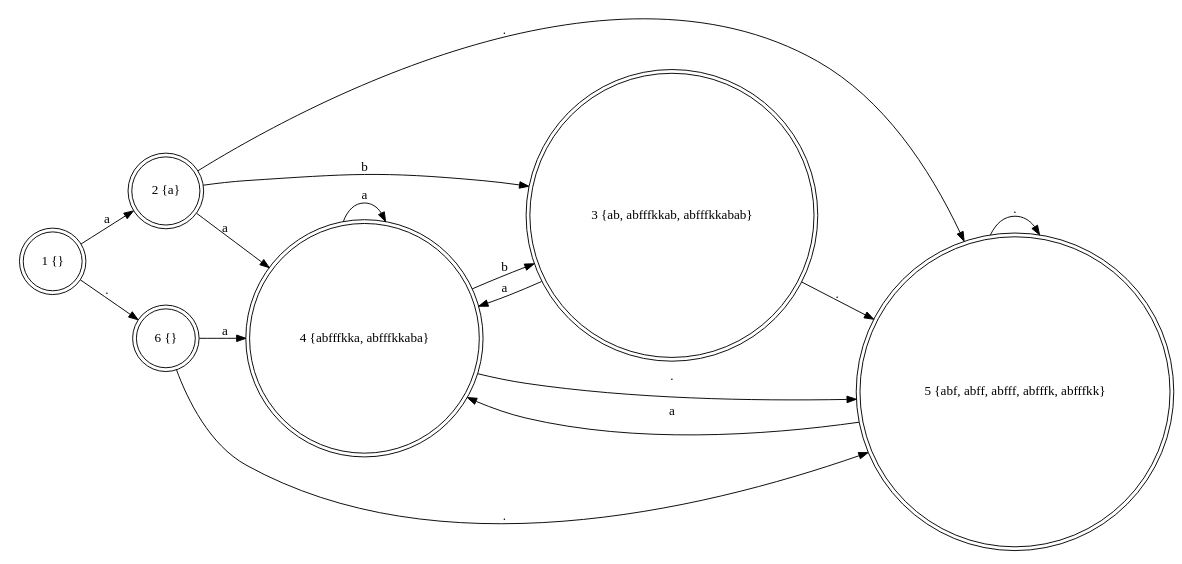
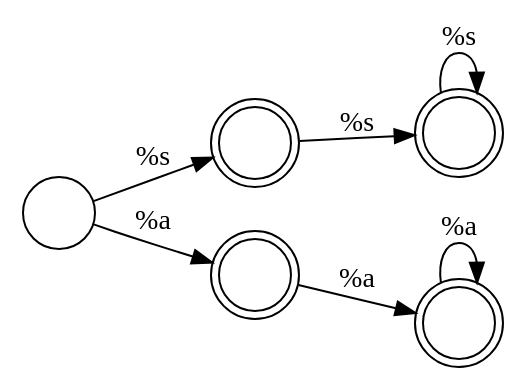
The diagram in test.dot (leegao/LuaInLua), drawn with Graphviz before and after one commit. The commit also changed 1 other file, not shown here.

```diff
--- a/test.dot
+++ b/test.dot
@@ -1,26 +1,17 @@
 digraph {
   rankdir=LR;
   size="8,5"
-  node[shape=doublecircle,label=""]; 4 1 5 2 6 3;
+  node[shape=doublecircle,label=""]; 2 4 3 5;
   node[shape=circle,label=""];
-  4[label="4 {abfffkka, abfffkkaba}"];
-  1[label="1 {}"];
-  5[label="5 {abf, abff, abfff, abfffk, abfffkk}"];
-  2[label="2 {a}"];
-  6[label="6 {}"];
-  3[label="3 {ab, abfffkkab, abfffkkabab}"];
-  4 -> 4[label="a"];
-  4 -> 3[label="b"];
-  4 -> 5[label="."];
-  1 -> 2[label="a"];
-  1 -> 6[label="."];
-  5 -> 4[label="a"];
-  5 -> 5[label="."];
-  2 -> 4[label="a"];
-  2 -> 3[label="b"];
-  2 -> 5[label="."];
-  6 -> 4[label="a"];
-  6 -> 5[label="."];
-  3 -> 4[label="a"];
-  3 -> 5[label="."];
+  4;
+  1;
+  5;
+  2;
+  3;
+  4 -> 5[label="%a"];
+  1 -> 2[label="%s"];
+  1 -> 4[label="%a"];
+  5 -> 5[label="%a"];
+  2 -> 3[label="%s"];
+  3 -> 3[label="%s"];
 }
```
